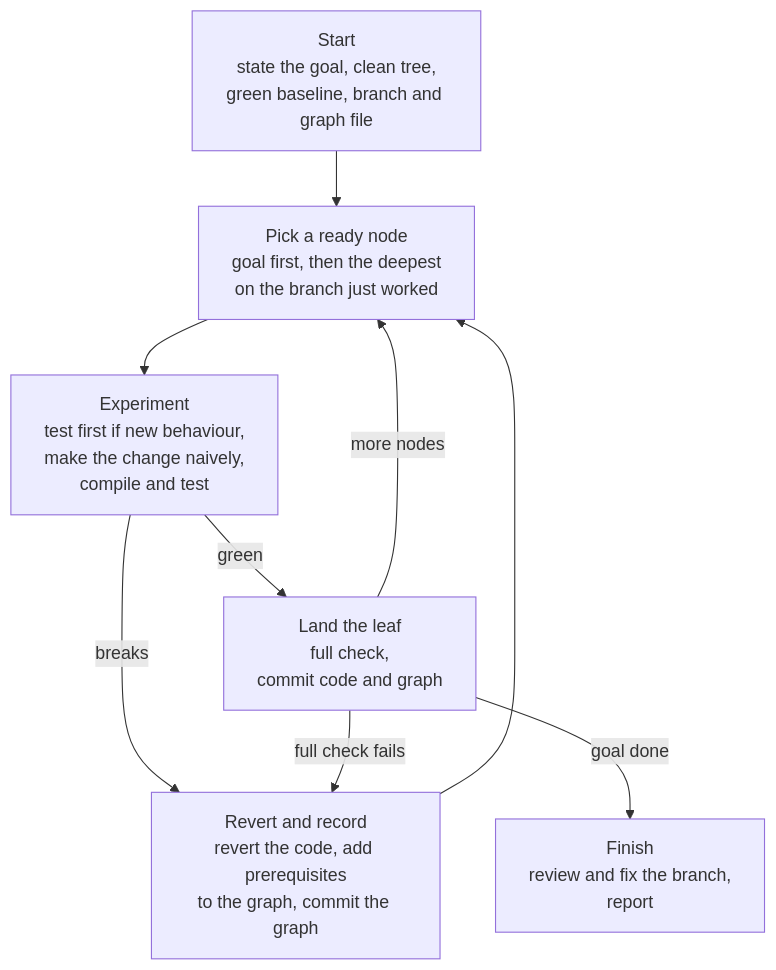
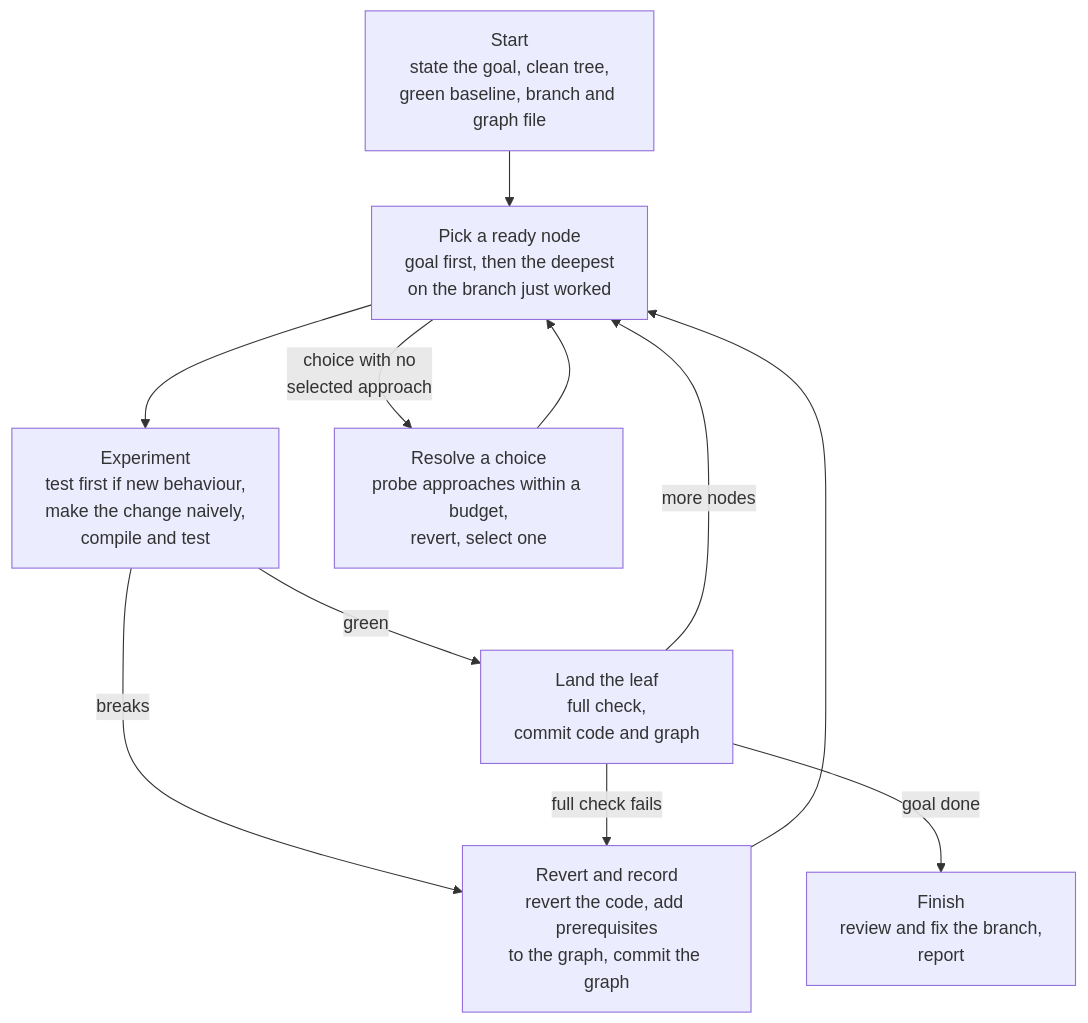
One commit to channingwalton/skills changed the first of 3 diagrams in skills/mikado/README.md. Above: the diagram before and after it, drawn with Mermaid. The commit also changed other lines of this file and 2 other files, not shown here.

First line of the commit message:
mikado: unify choice terms and move the choice procedure to a reference

````diff
--- a/skills/mikado/README.md
+++ b/skills/mikado/README.md
@@ -26,16 +29,18 @@
 ```mermaid
 flowchart TD
     start["Start<br/>state the goal, clean tree,<br/>green baseline, branch and graph file"]
     pick["Pick a ready node<br/>goal first, then the deepest<br/>on the branch just worked"]
     exp["Experiment<br/>test first if new behaviour,<br/>make the change naively,<br/>compile and test"]
     red["Revert and record<br/>revert the code, add prerequisites<br/>to the graph, commit the graph"]
     green["Land the leaf<br/>full check,<br/>commit code and graph"]
     finish["Finish<br/>review and fix the branch,<br/>report"]
+    choose["Resolve a choice<br/>probe approaches within a budget,<br/>revert, select one"]
 
     start --> pick --> exp
+    pick -- "choice with no<br/>selected approach" --> choose --> pick
     exp -- "breaks" --> red --> pick
     exp -- "green" --> green
     green -- "full check fails" --> red
     green -- "more nodes" --> pick
     green -- "goal done" --> finish
 ```
````
